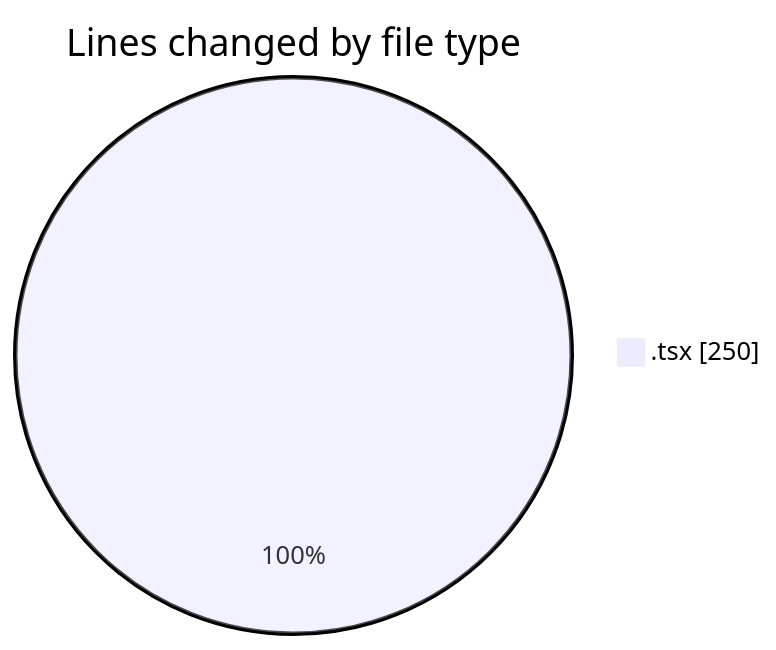
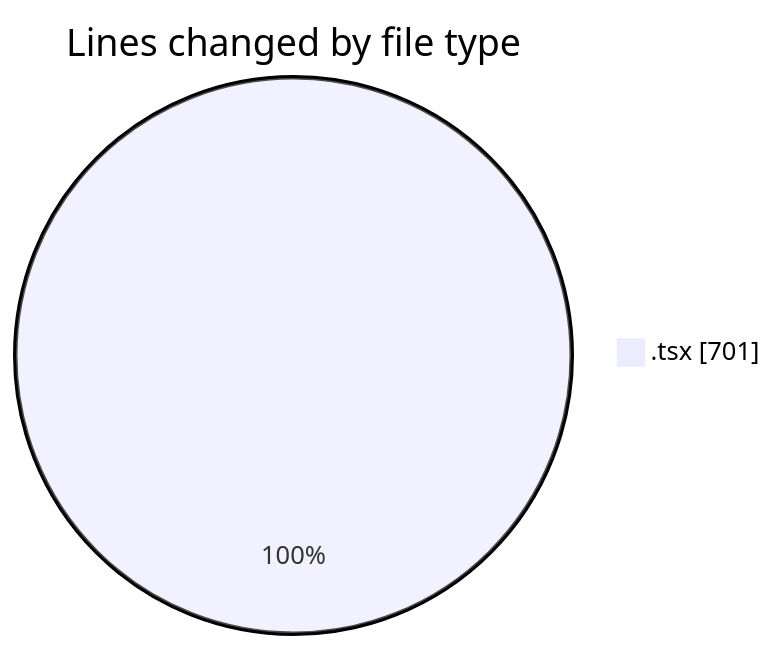
One commit to momahboobian/code-tracking changed the first of 2 diagrams in 2025-07-11/cda/README.md. Above: the diagram before and after it, drawn with Mermaid. The commit also changed other lines of this file and 1 other file, not shown here.

````diff
--- a/2025-07-11/cda/README.md
+++ b/2025-07-11/cda/README.md
@@ -21,5 +21,5 @@
 ```mermaid
 pie showData
 title Lines changed by file type
-".tsx" : 250
+".tsx" : 701
 ```
````
